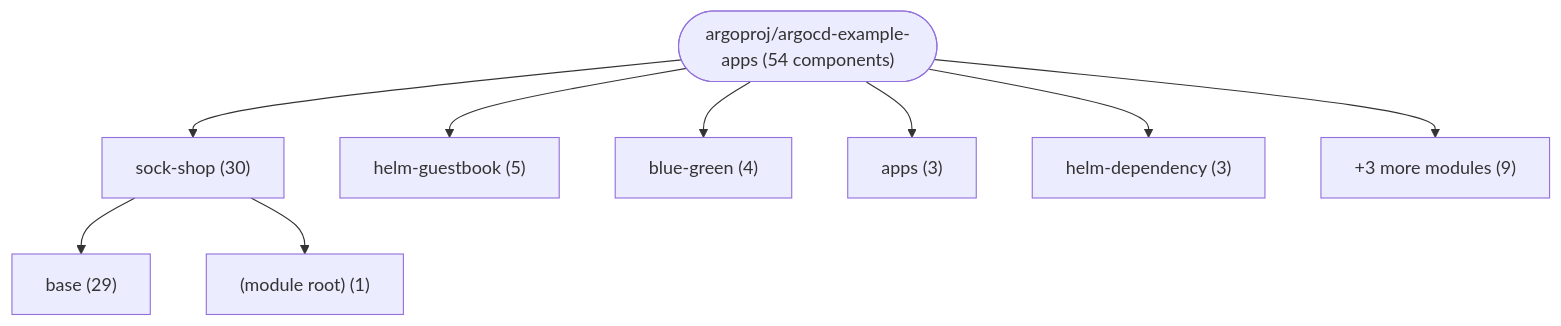
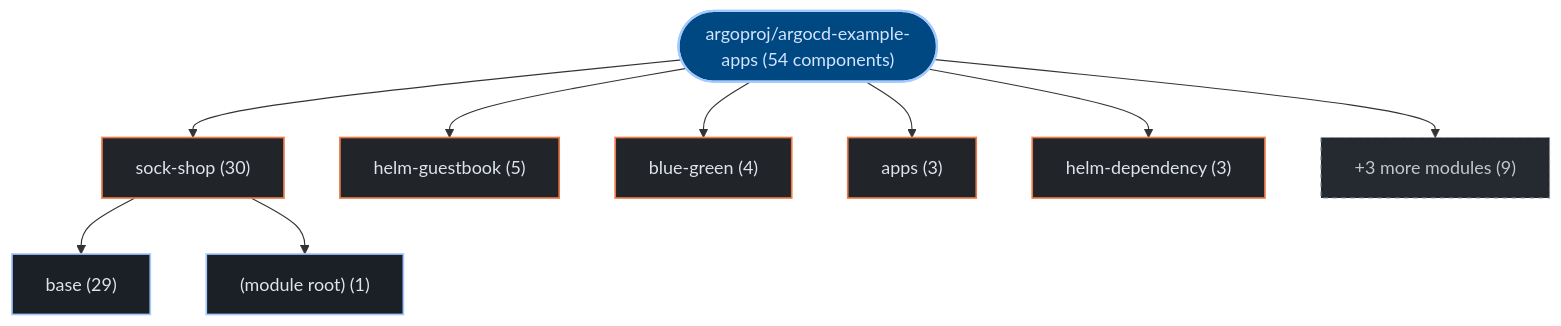
One commit to kumarshaz/atruss-code-atlas changed the first of 2 diagrams in exports/latest/reports/argoproj-argocd-example-apps-report.md. Above: the diagram before and after it, drawn with Mermaid. The commit also changed other lines of this file and 331 other files, not shown here.

Commit message:
docs,ui,fix: update SDLC docs, reorder CI/CD DAG first, stylize Mermaid, and fix Arc42 pipeline topology

````diff
--- a/exports/latest/reports/argoproj-argocd-example-apps-report.md
+++ b/exports/latest/reports/argoproj-argocd-example-apps-report.md
@@ -41,20 +41,27 @@
 ```mermaid
 graph TD;
-    repo_root(["argoproj/argocd-example-apps (54 components)"])
-    dir_0_sock_shop["sock-shop (30)"]
+  classDef atlasRoot fill:#004882,stroke:#a3c9ff,stroke-width:2px,color:#d3e4ff
+  classDef atlasCategory fill:#212428,stroke:#E87A48,stroke-width:1.5px,color:#dfe3eb
+  classDef atlasWorkflow fill:#1b2026,stroke:#a3c9ff,stroke-width:1.5px,color:#dfe3eb
+  classDef atlasJob fill:#171c22,stroke:#8d9199,stroke-width:1px,color:#dfe3eb
+  classDef atlasTarget fill:#005227,stroke:#8bd99b,stroke-width:1.5px,color:#a7f6b6
+  classDef atlasAlert fill:#93000a,stroke:#ffb4ab,stroke-width:1.5px,color:#ffdad6
+  classDef atlasMore fill:#252a31,stroke:#8d9199,stroke-dasharray:4 4,color:#c3c6cf
+    repo_root(["argoproj/argocd-example-apps (54 components)"]):::atlasRoot
+    dir_0_sock_shop["sock-shop (30)"]:::atlasCategory
     repo_root --> dir_0_sock_shop
-    sub_0_0_base["base (29)"]
+    sub_0_0_base["base (29)"]:::atlasWorkflow
     dir_0_sock_shop --> sub_0_0_base
-    sub_0_1__module_root_["(module root) (1)"]
+    sub_0_1__module_root_["(module root) (1)"]:::atlasWorkflow
     dir_0_sock_shop --> sub_0_1__module_root_
-    dir_1_helm_guestbook["helm-guestbook (5)"]
+    dir_1_helm_guestbook["helm-guestbook (5)"]:::atlasCategory
     repo_root --> dir_1_helm_guestbook
-    dir_2_blue_green["blue-green (4)"]
+    dir_2_blue_green["blue-green (4)"]:::atlasCategory
     repo_root --> dir_2_blue_green
-    dir_3_apps["apps (3)"]
+    dir_3_apps["apps (3)"]:::atlasCategory
     repo_root --> dir_3_apps
-    dir_4_helm_dependency["helm-dependency (3)"]
+    dir_4_helm_dependency["helm-dependency (3)"]:::atlasCategory
     repo_root --> dir_4_helm_dependency
-    dir_other_modules["+3 more modules (9)"]
+    dir_other_modules["+3 more modules (9)"]:::atlasMore
     repo_root --> dir_other_modules
 ```
````
